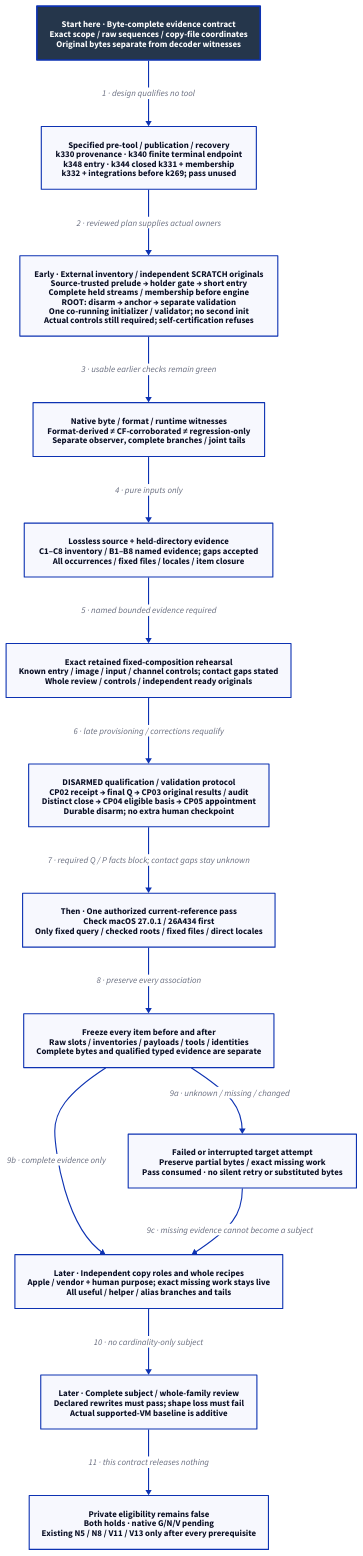
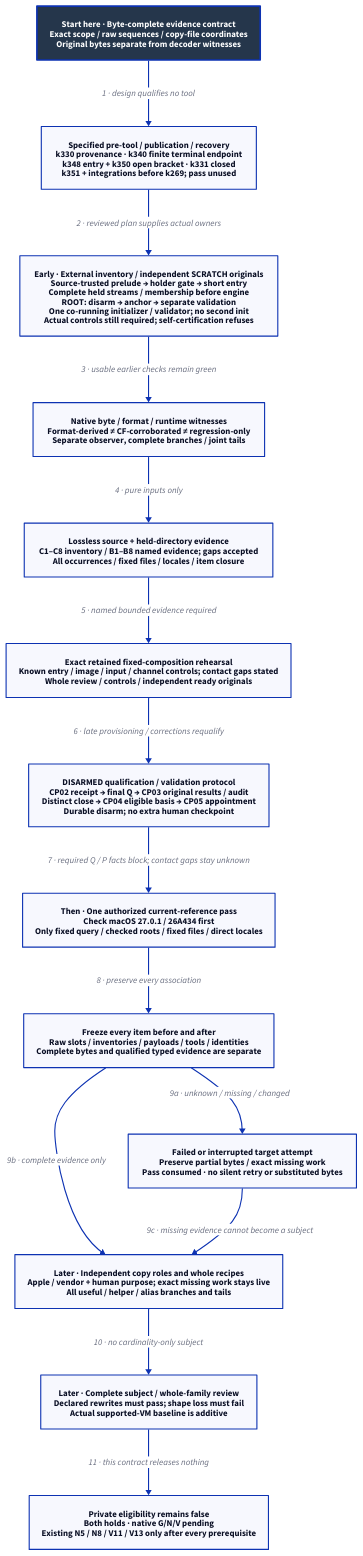
One commit to Linkuistics/Koine changed the diagram in docs/design/architecture/native-reference-evidence.d2. Above: the diagram before and after it, drawn with D2. The commit also changed 30 other files, not shown here.

First line of the commit message:
Specify selection within an open inter-checkpoint bracket (reference-evidence-open-bracket-selection-k350)

```diff
--- a/docs/design/architecture/native-reference-evidence.d2
+++ b/docs/design/architecture/native-reference-evidence.d2
@@ -1,31 +1,31 @@
-# K344 closed k331 with new whole membership; k332 review and integrations precede use.
+# K350 open-bracket selection and membership; k351 review and integrations precede use.
 direction: down
 classes: {
   start: {style: {fill: "#25364B"; font-color: "#FFFFFF"; bold: true; stroke-width: 3}}
 }
 Start: "Start here · Byte-complete evidence contract\nExact scope / raw sequences / copy-file coordinates\nOriginal bytes separate from decoder witnesses" {class: start}
-Plan: "Specified pre-tool / publication / recovery\nk330 provenance · k340 finite terminal endpoint\nk348 entry · k344 closed k331 + membership\nk332 + integrations before k269; pass unused"
+Plan: "Specified pre-tool / publication / recovery\nk330 provenance · k340 finite terminal endpoint\nk348 entry + k350 open bracket · k331 closed\nk351 + integrations before k269; pass unused"
 Replay: "Early · External inventory / independent SCRATCH originals\nSource-trusted prelude → holder gate → short entry\nComplete held streams / membership before engine\nROOT: disarm → anchor → separate validation\nOne co-running initializer / validator; no second init\nActual controls still required; self-certification refuses"
 Decode: "Native byte / format / runtime witnesses\nFormat-derived ≠ CF-corroborated ≠ regression-only\nSeparate observer, complete branches / joint tails"
 Source: "Lossless source + held-directory evidence\nC1–C8 inventory / B1–B8 named evidence; gaps accepted\nAll occurrences / fixed files / locales / item closure"
 Pure: "Exact retained fixed-composition rehearsal\nKnown entry / image / input / channel controls; contact gaps stated\nWhole review / controls / independent ready originals"
 Authority: "DISARMED qualification / validation protocol\nCP02 receipt → final Q → CP03 original results / audit\nDistinct close → CP04 eligible basis → CP05 appointment\nDurable disarm; no extra human checkpoint"
 Pass: "Then · One authorized current-reference pass\nCheck macOS 27.0.1 / 26A434 first\nOnly fixed query / checked roots / fixed files / direct locales"
 Closure: "Freeze every item before and after\nRaw slots / inventories / payloads / tools / identities\nComplete bytes and qualified typed evidence are separate"
 Failed: "Failed or interrupted target attempt\nPreserve partial bytes / exact missing work\nPass consumed · no silent retry or substituted bytes"
 Roles: "Later · Independent copy roles and whole recipes\nApple / vendor + human purpose; exact missing work stays live\nAll useful / helper / alias branches and tails"
 Review: "Later · Complete subject / whole-family review\nDeclared rewrites must pass; shape loss must fail\nActual supported-VM baseline is additive"
 Hold: "Private eligibility remains false\nBoth holds · native G/N/V pending\nExisting N5 / N8 / V11 / V13 only after every prerequisite"
 Start -> Plan: "1 · design qualifies no tool"
 Plan -> Replay: "2 · reviewed plan supplies actual owners"
 Replay -> Decode: "3 · usable earlier checks remain green"
 Decode -> Source: "4 · pure inputs only"
 Source -> Pure: "5 · named bounded evidence required"
 Pure -> Authority: "6 · late provisioning / corrections requalify"
 Authority -> Pass: "7 · required Q / P facts block; contact gaps stay unknown"
 Pass -> Closure: "8 · preserve every association"
 Closure -> Failed: "9a · unknown / missing / changed"
 Closure -> Roles: "9b · complete evidence only"
 Failed -> Roles: "9c · missing evidence cannot become a subject"
 Roles -> Review: "10 · no cardinality-only subject"
 Review -> Hold: "11 · this contract releases nothing"
```
